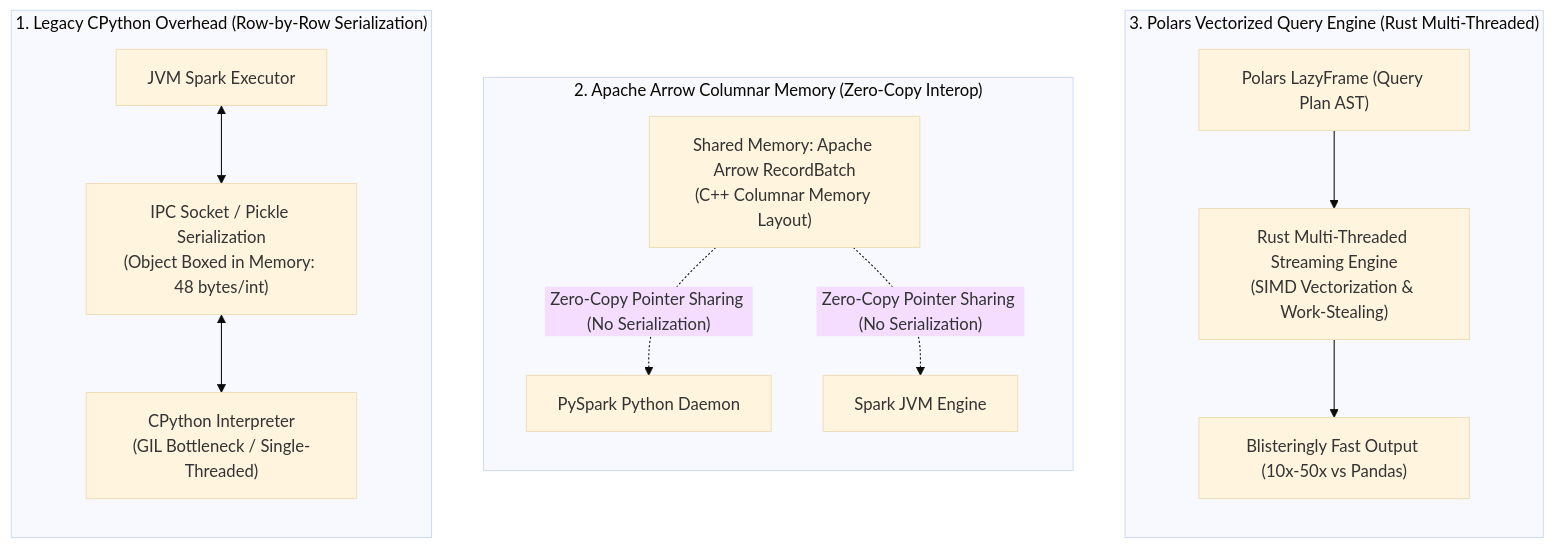
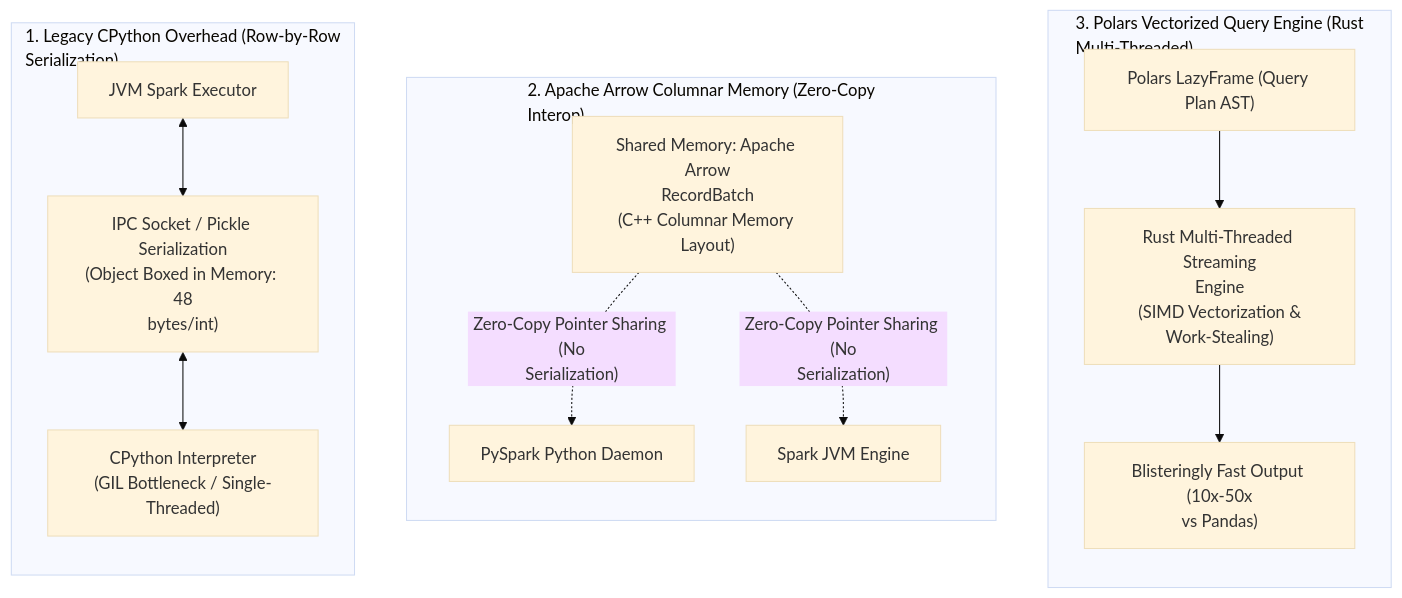
Before and after one commit to santoshjammi29/data-system-design-handbook: diagram 12 of 28 in docs/whiteboard_diagrams/handbook_whiteboard_blueprints.md, drawn with Mermaid (base theme). The commit also changed other lines of this file and 15 other files, not shown here.

Commit message:
fix(diagrams): word-wrap labels and escape comparison operators across all diagrams

````diff
--- a/docs/whiteboard_diagrams/handbook_whiteboard_blueprints.md
+++ b/docs/whiteboard_diagrams/handbook_whiteboard_blueprints.md
@@ -531,26 +531,26 @@
 ```mermaid
 flowchart LR
-    subgraph Panel1 ["1. Legacy CPython Overhead (Row-by-Row Serialization)"]
-        CPython["CPython Interpreter\n(GIL Bottleneck / Single-Threaded)"]
+    subgraph Panel1 ["1. Legacy CPython Overhead (Row-by-Row<br/>Serialization)"]
+        CPython["CPython Interpreter<br/>(GIL Bottleneck / Single-Threaded)"]
         JavaVM["JVM Spark Executor"]
-        Socket["IPC Socket / Pickle Serialization\n(Object Boxed in Memory: 48 bytes/int)"]
+        Socket["IPC Socket / Pickle Serialization<br/>(Object Boxed in Memory: 48<br/>bytes/int)"]
         JavaVM <--> Socket <--> CPython
     end
 
-    subgraph Panel2 ["2. Apache Arrow Columnar Memory (Zero-Copy Interop)"]
-        ArrowBuffer["Shared Memory: Apache Arrow RecordBatch\n(C++ Columnar Memory Layout)"]
+    subgraph Panel2 ["2. Apache Arrow Columnar Memory (Zero-Copy<br/>Interop)"]
+        ArrowBuffer["Shared Memory: Apache Arrow<br/>RecordBatch<br/>(C++ Columnar Memory Layout)"]
         PyProcess["PySpark Python Daemon"]
         JVM["Spark JVM Engine"]
-        ArrowBuffer -.->|"Zero-Copy Pointer Sharing (No Serialization)"| PyProcess
-        ArrowBuffer -.->|"Zero-Copy Pointer Sharing (No Serialization)"| JVM
+        ArrowBuffer -.->|"Zero-Copy Pointer Sharing (No<br/>Serialization)"| PyProcess
+        ArrowBuffer -.->|"Zero-Copy Pointer Sharing (No<br/>Serialization)"| JVM
     end
 
-    subgraph Panel3 ["3. Polars Vectorized Query Engine (Rust Multi-Threaded)"]
+    subgraph Panel3 ["3. Polars Vectorized Query Engine (Rust<br/>Multi-Threaded)"]
         LazyFrame["Polars LazyFrame (Query Plan AST)"]
-        StreamingEngine["Rust Multi-Threaded Streaming Engine\n(SIMD Vectorization & Work-Stealing)"]
-        OutputMemory["Blisteringly Fast Output (10x-50x vs Pandas)"]
+        StreamingEngine["Rust Multi-Threaded Streaming<br/>Engine<br/>(SIMD Vectorization &<br/>Work-Stealing)"]
+        OutputMemory["Blisteringly Fast Output (10x-50x<br/>vs Pandas)"]
         LazyFrame --> StreamingEngine --> OutputMemory
     end
 
     Panel1 ~~~ Panel2 ~~~ Panel3
 ```
````
